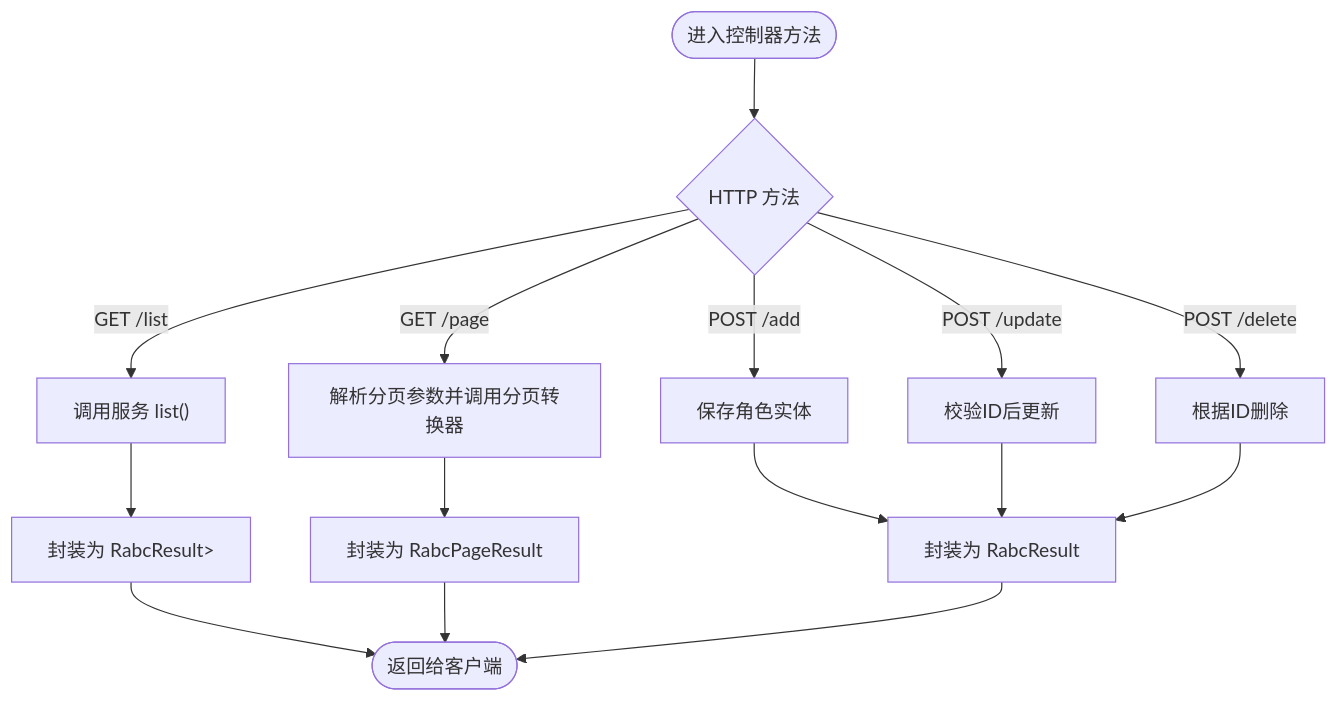
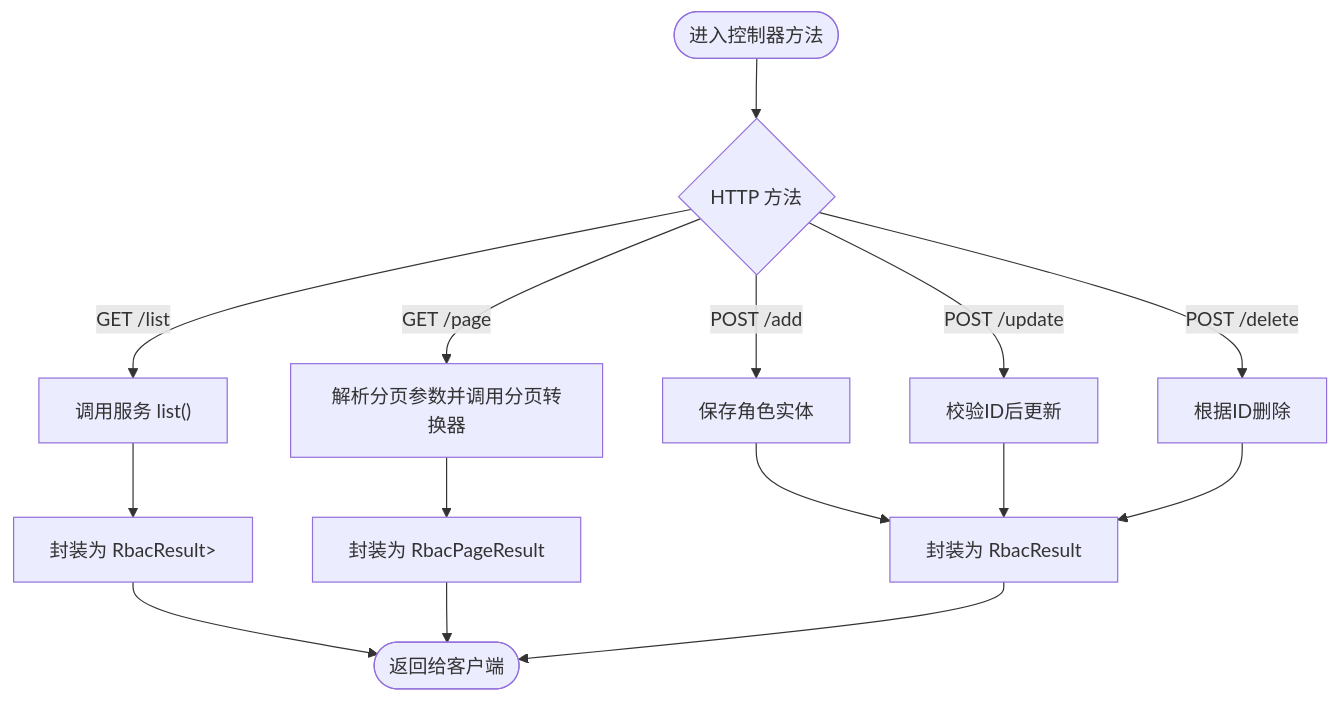
One commit to LiukewenSC/kewen-framework changed the third of 7 diagrams in .qoder/repowiki/zh/content/权限系统 (qy-auth)/RBAC实现 (auth-rbac)/角色管理.md. Above: the diagram before and after it, drawn with Mermaid. The commit also changed other lines of this file and 764 other files, not shown here.

````diff
--- a/.qoder/repowiki/zh/content/权限系统 (qy-auth)/RBAC实现 (auth-rbac)/角色管理.md
+++ b/.qoder/repowiki/zh/content/权限系统 (qy-auth)/RBAC实现 (auth-rbac)/角色管理.md
@@ -200,17 +200,17 @@
 ```mermaid
 flowchart TD
 Start(["进入控制器方法"]) --> CheckMethod{"HTTP 方法"}
 CheckMethod --> |GET /list| List["调用服务 list()"]
 CheckMethod --> |GET /page| Page["解析分页参数并调用分页转换器"]
 CheckMethod --> |POST /add| Add["保存角色实体"]
 CheckMethod --> |POST /update| Update["校验ID后更新"]
 CheckMethod --> |POST /delete| Delete["根据ID删除"]
-List --> Wrap["封装为 RabcResult<List<SysRole>>"]
-Page --> WrapPage["封装为 RabcPageResult<SysRole>"]
-Add --> WrapBool["封装为 RabcResult<Boolean>"]
+List --> Wrap["封装为 RbacResult<List<SysRole>>"]
+Page --> WrapPage["封装为 RbacPageResult<SysRole>"]
+Add --> WrapBool["封装为 RbacResult<Boolean>"]
 Update --> WrapBool
 Delete --> WrapBool
 Wrap --> End(["返回给客户端"])
 WrapPage --> End
 WrapBool --> End
 ```
````
